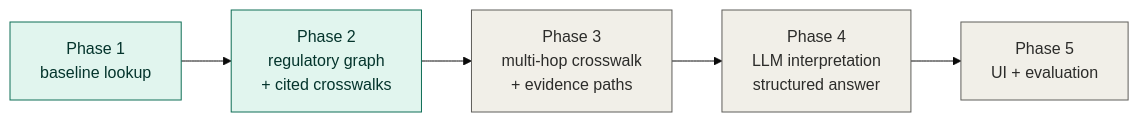
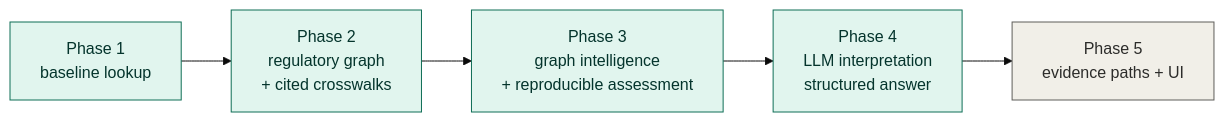
One commit to minw0607/Regulus changed the fourth of 4 diagrams in README.md. Above: the diagram before and after it, drawn with Mermaid (base theme). The commit also changed other lines of this file and 3 other files, not shown here.

````diff
--- a/README.md
+++ b/README.md
@@ -173,11 +229,11 @@
 ```mermaid
 flowchart LR
     P1["Phase 1<br/>baseline lookup"] --> P2["Phase 2<br/>regulatory graph<br/>+ cited crosswalks"]
-    P2 --> P3["Phase 3<br/>multi-hop crosswalk<br/>+ evidence paths"]
+    P2 --> P3["Phase 3<br/>graph intelligence<br/>+ reproducible assessment"]
     P3 --> P4["Phase 4<br/>LLM interpretation<br/>structured answer"]
-    P4 --> P5["Phase 5<br/>UI + evaluation"]
+    P4 --> P5["Phase 5<br/>evidence paths + UI"]
     classDef done fill:#e1f5ee,stroke:#0f6e56,color:#04342c;
     classDef todo fill:#f1efe8,stroke:#5f5e5a,color:#2c2c2a;
-    class P1,P2 done
-    class P3,P4,P5 todo
+    class P1,P2,P3,P4 done
+    class P5 todo
 ```
````
